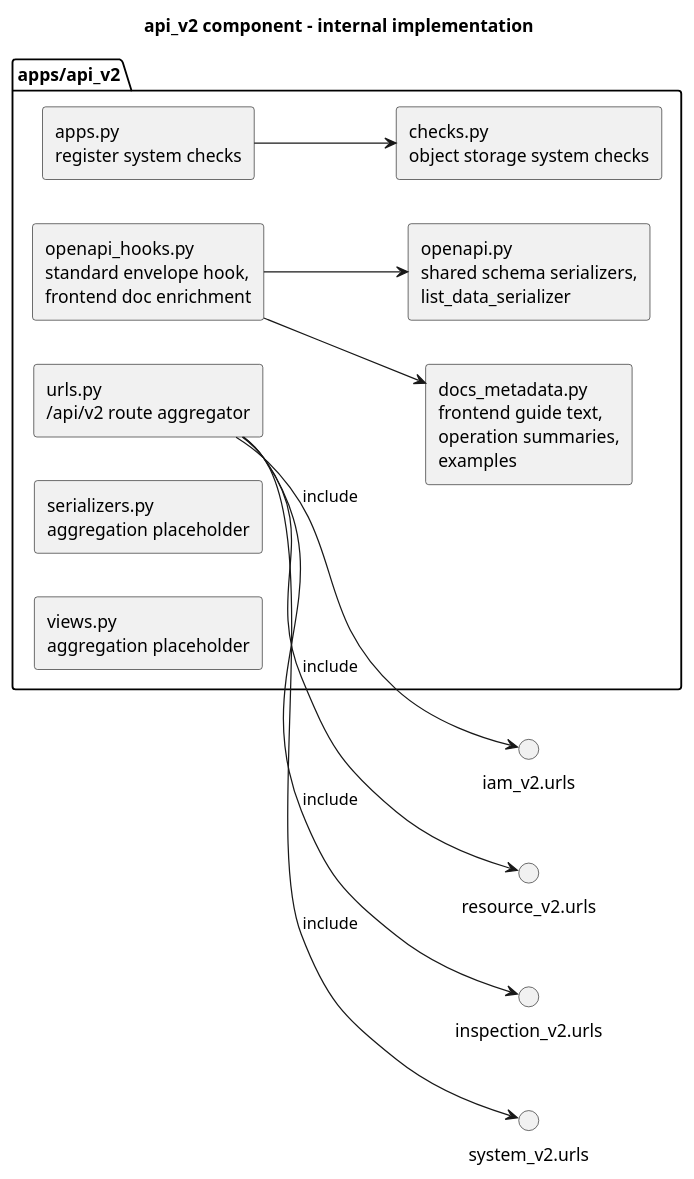
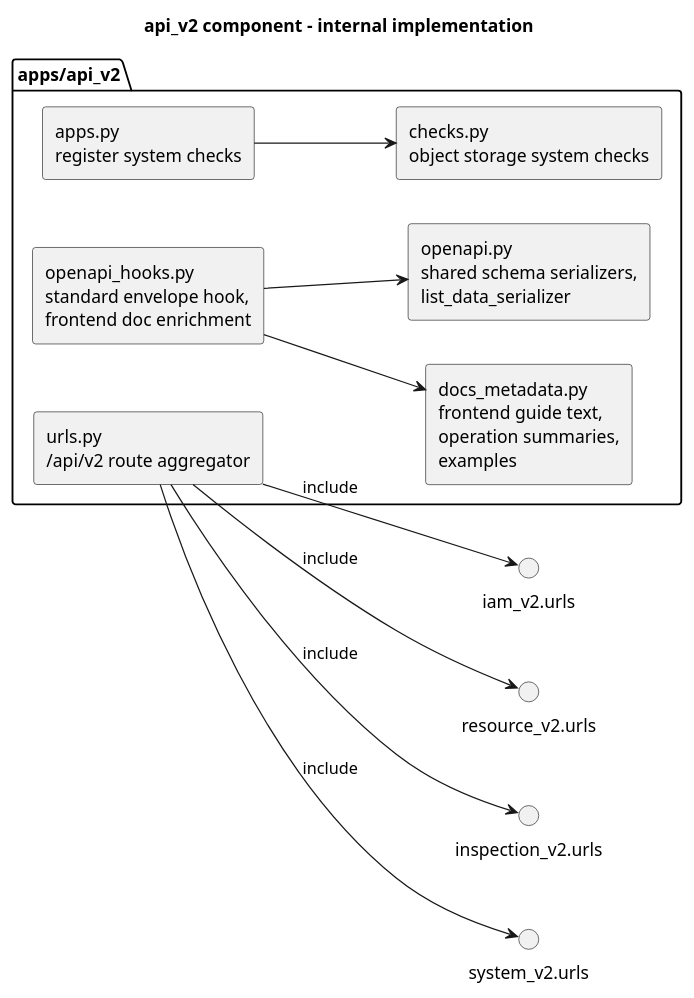
One commit to zyx-lab/dikong-tech-design changed the diagram in plantumls/api_v2/internal.puml. Above: the diagram before and after it, drawn with PlantUML. The commit also changed 13 other files, not shown here.

```diff
--- a/plantumls/api_v2/internal.puml
+++ b/plantumls/api_v2/internal.puml
@@ -1,25 +1,23 @@
 @startuml api_v2_internal
 title api_v2 component - internal implementation
 left to right direction
 skinparam componentStyle rectangle
 
 package "apps/api_v2" {
   component "apps.py\nregister system checks" as apps
   component "checks.py\nobject storage system checks" as checks
   component "urls.py\n/api/v2 route aggregator" as urls
   component "openapi.py\nshared schema serializers,\nlist_data_serializer" as openapi
   component "openapi_hooks.py\nstandard envelope hook,\nfrontend doc enrichment" as hooks
   component "docs_metadata.py\nfrontend guide text,\noperation summaries,\nexamples" as docs
-  component "serializers.py\naggregation placeholder" as serializers
-  component "views.py\naggregation placeholder" as views
 }
 
 apps --> checks
 urls --> "iam_v2.urls" : include
 urls --> "resource_v2.urls" : include
 urls --> "inspection_v2.urls" : include
 urls --> "system_v2.urls" : include
 hooks --> docs
 hooks --> openapi
 
 @enduml
```
